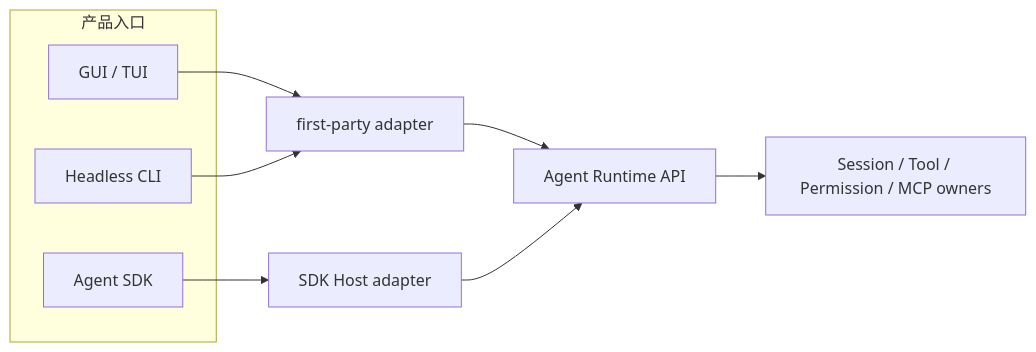
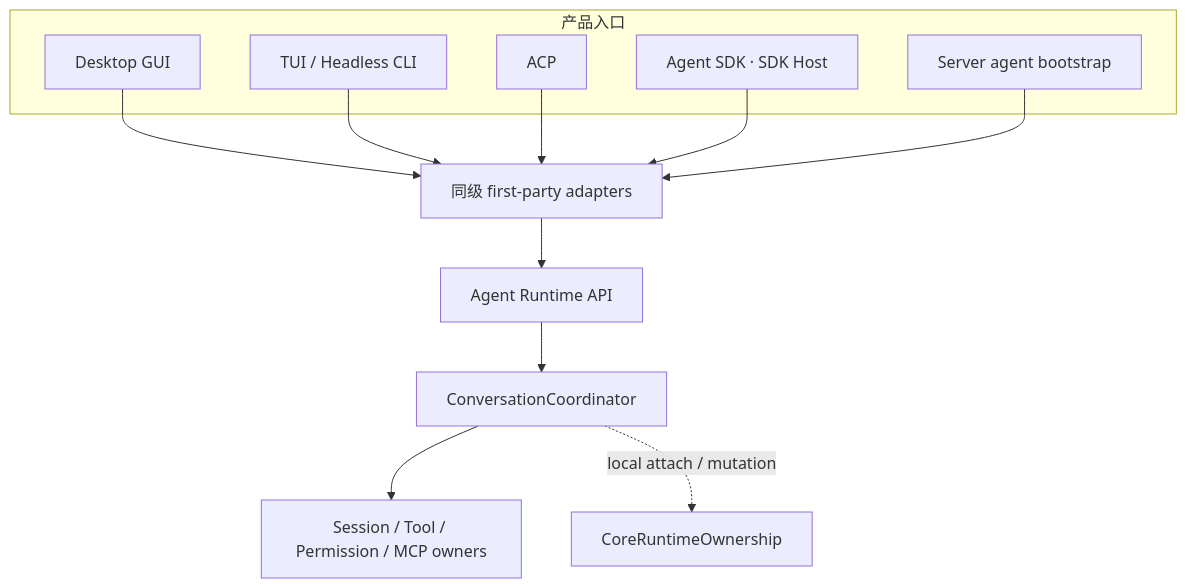
The first of 7 diagrams in docs/architecture/agent-runtime-deployment-design.md (1688mengdie/BitFun), drawn with Mermaid before and after one commit. The commit also changed other lines of this file and 65 other files, not shown here.

Commit message:
refactor(runtime): unify local entrypoint ownership

````diff
--- a/docs/architecture/agent-runtime-deployment-design.md
+++ b/docs/architecture/agent-runtime-deployment-design.md
@@ -13,15 +13,20 @@
 ```mermaid
-flowchart LR
+flowchart TB
   subgraph "产品入口"
-    GUI["GUI / TUI"]
-    CLI["Headless CLI"]
-    SDK["Agent SDK"]
+    GUI["Desktop GUI"]
+    TUI["TUI / Headless CLI"]
+    ACP["ACP"]
+    SDK["Agent SDK · SDK Host"]
+    Server["Server agent bootstrap"]
   end
 
-  GUI --> Adapter["first-party adapter"]
-  CLI --> Adapter
-  SDK --> SDKAdapter["SDK Host adapter"]
+  GUI --> Adapter["同级 first-party adapters"]
+  TUI --> Adapter
+  ACP --> Adapter
+  SDK --> Adapter
+  Server --> Adapter
   Adapter --> API["Agent Runtime API"]
-  SDKAdapter --> API
-  API --> Owners["Session / Tool / Permission / MCP owners"]
+  API --> Coordinator["ConversationCoordinator"]
+  Coordinator --> Owners["Session / Tool / Permission / MCP owners"]
+  Coordinator -. "local attach / mutation" .-> Ownership["CoreRuntimeOwnership"]
 ```
````
